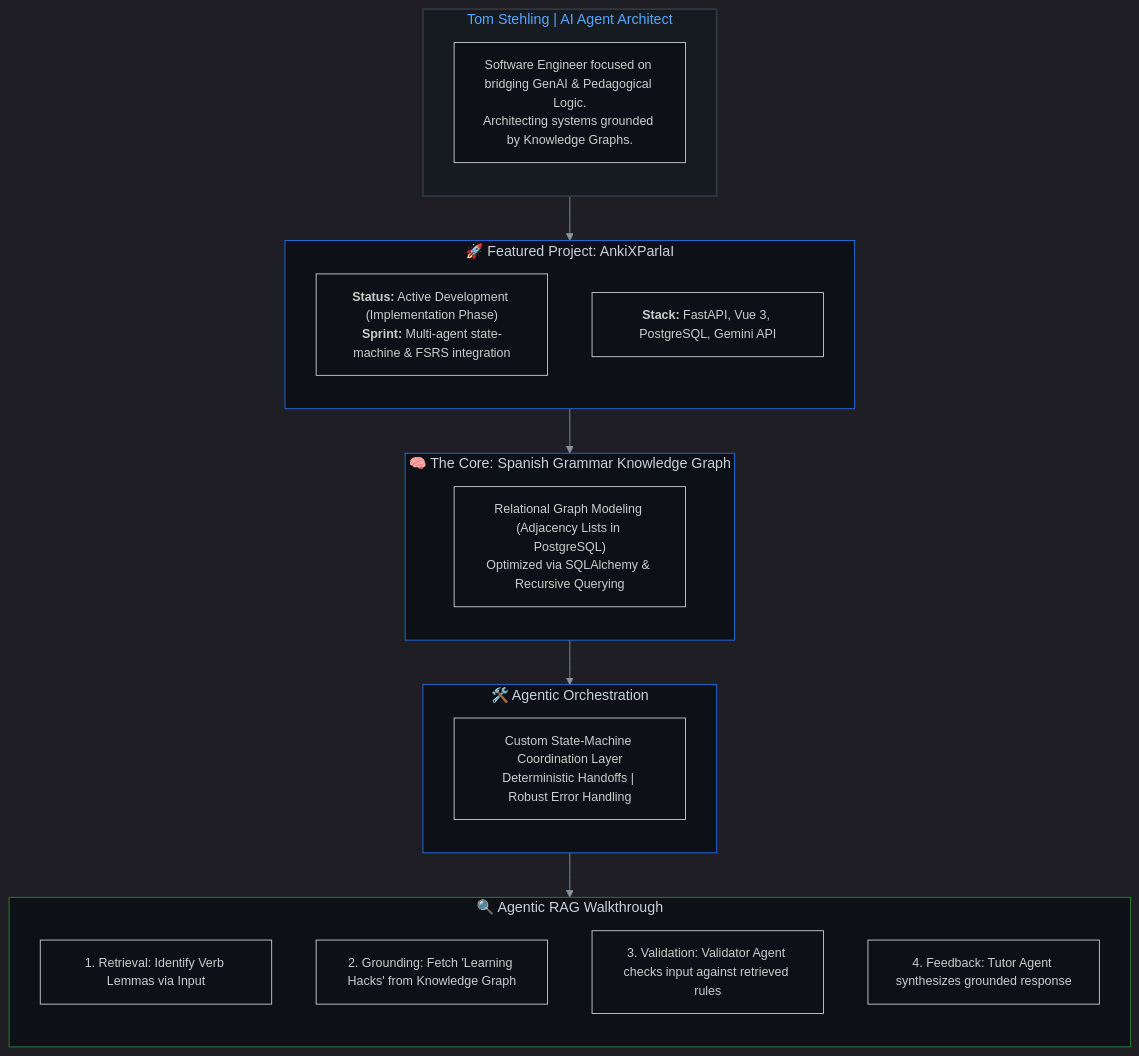
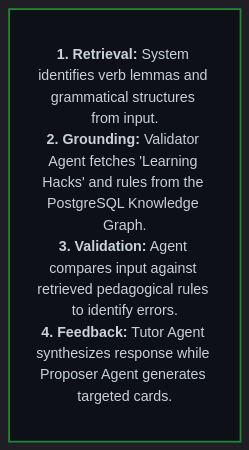
One commit to tomstehling/tomstehling changed the third of 3 diagrams in README.md. Above: the diagram before and after it, drawn with Mermaid. The commit also changed other lines of this file, not shown here.

Commit message:
docs: implement 'Dark Stack' design for consistent dark mode look

````diff
--- a/README.md
+++ b/README.md
@@ -3,63 +43,6 @@
 ```mermaid
-%%{init: {
-  'theme': 'dark',
-  'themeVariables': {
-    'primaryColor': '#1f6feb',
-    'primaryTextColor': '#c9d1d9',
-    'primaryBorderColor': '#30363d',
-    'lineColor': '#8b949e',
-    'secondaryColor': '#161b22',
-    'tertiaryColor': '#0d1117',
-    'mainBkg': '#0d1117'
-  }
-} }%%
-
+%%{init: { 'theme': 'dark', 'themeVariables': { 'mainBkg': '#0d1117', 'primaryColor': '#0d1117', 'primaryTextColor': '#c9d1d9', 'primaryBorderColor': '#238636' } } }%%
 graph TD
-    %% Main Profile Card
-    subgraph Profile ["Tom Stehling | AI Agent Architect"]
-        direction TB
-        Bio["Software Engineer focused on bridging GenAI & Pedagogical Logic.<br/>Architecting systems grounded by Knowledge Graphs."]
-    end
-
-    %% Project Status & Tech
-    subgraph Project ["🚀 Featured Project: AnkiXParlaI"]
-        direction TB
-        Status["<b>Status:</b> Active Development (Implementation Phase)<br/><b>Sprint:</b> Multi-agent state-machine & FSRS integration"]
-        Stack["<b>Stack:</b> FastAPI, Vue 3, PostgreSQL, Gemini API"]
-    end
-
-    %% Knowledge Graph Details
-    subgraph Core ["🧠 The Core: Spanish Grammar Knowledge Graph"]
-        direction TB
-        KG["Relational Graph Modeling (Adjacency Lists in PostgreSQL)<br/>Optimized via SQLAlchemy & Recursive Querying"]
-    end
-
-    %% Architecture Flow
-    subgraph Architecture ["🛠️ Agentic Orchestration"]
-        direction TB
-        Flow["Custom State-Machine Coordination Layer<br/>Deterministic Handoffs | Robust Error Handling"]
-    end
-
-    %% RAG Walkthrough
-    subgraph RAG ["🔍 Agentic RAG Walkthrough"]
-        direction TB
-        Step1["1. Retrieval: Identify Verb Lemmas via Input"]
-        Step2["2. Grounding: Fetch 'Learning Hacks' from Knowledge Graph"]
-        Step3["3. Validation: Validator Agent checks input against retrieved rules"]
-        Step4["4. Feedback: Tutor Agent synthesizes grounded response"]
-    end
-
-    Bio --> Project
-    Project --> Core
-    Core --> Architecture
-    Architecture --> RAG
-
-    %% Styling
-    style Profile fill:#161b22,stroke:#30363d,color:#58a6ff,stroke-width:2px
-    style Project fill:#0d1117,stroke:#1f6feb,color:#c9d1d9
-    style Core fill:#0d1117,stroke:#1f6feb,color:#c9d1d9
-    style Architecture fill:#0d1117,stroke:#1f6feb,color:#c9d1d9
-    style RAG fill:#0d1117,stroke:#238636,color:#c9d1d9
-    
-    classDef default font-family:Arial,font-size:14px;
+    RAG["<br/><b>1. Retrieval:</b> System identifies verb lemmas and grammatical structures from input.<br/><b>2. Grounding:</b> Validator Agent fetches 'Learning Hacks' and rules from the PostgreSQL Knowledge Graph.<br/><b>3. Validation:</b> Agent compares input against retrieved pedagogical rules to identify errors.<br/><b>4. Feedback:</b> Tutor Agent synthesizes response while Proposer Agent generates targeted cards.<br/><br/>"]
+    style RAG fill:#0d1117,stroke:#238636,stroke-width:2px,color:#c9d1d9
 ```
````
